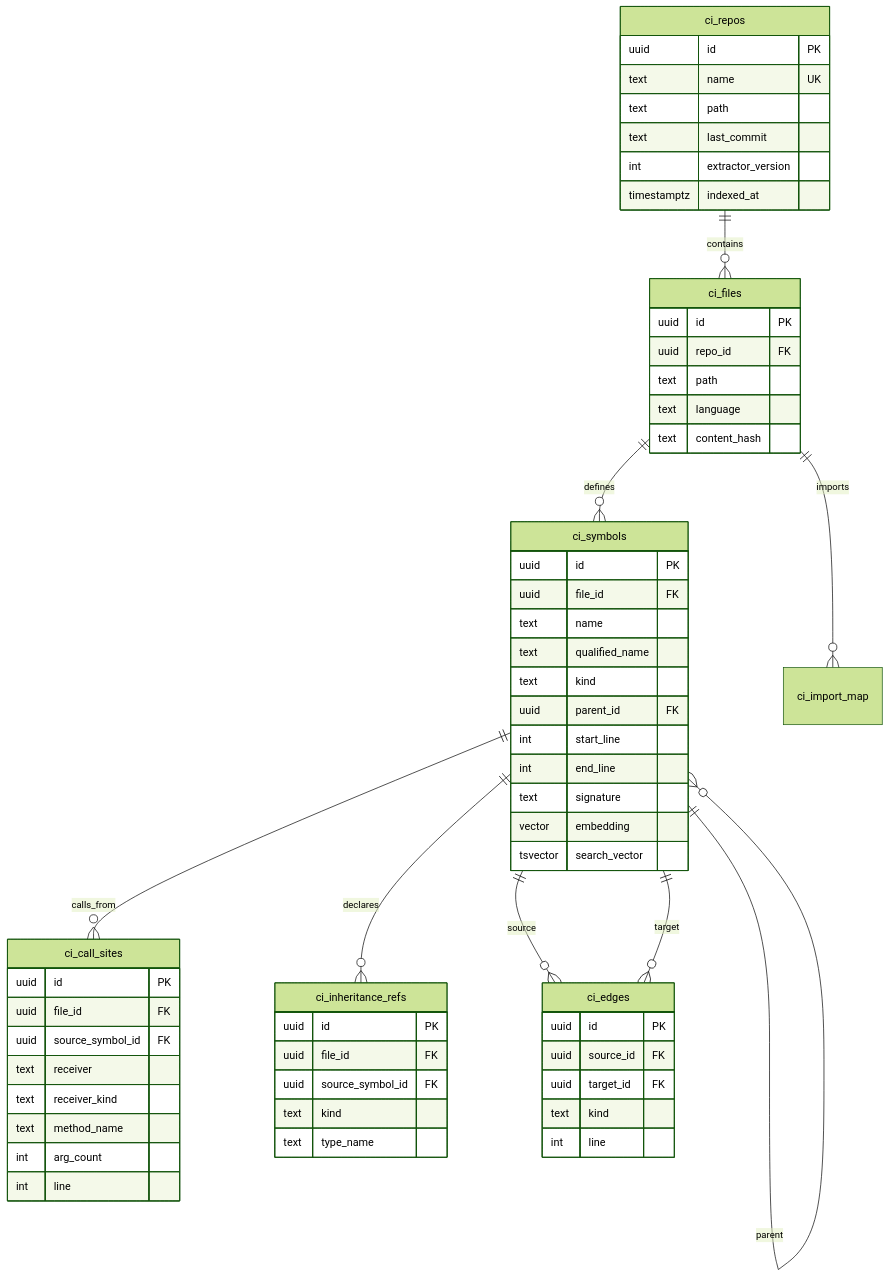
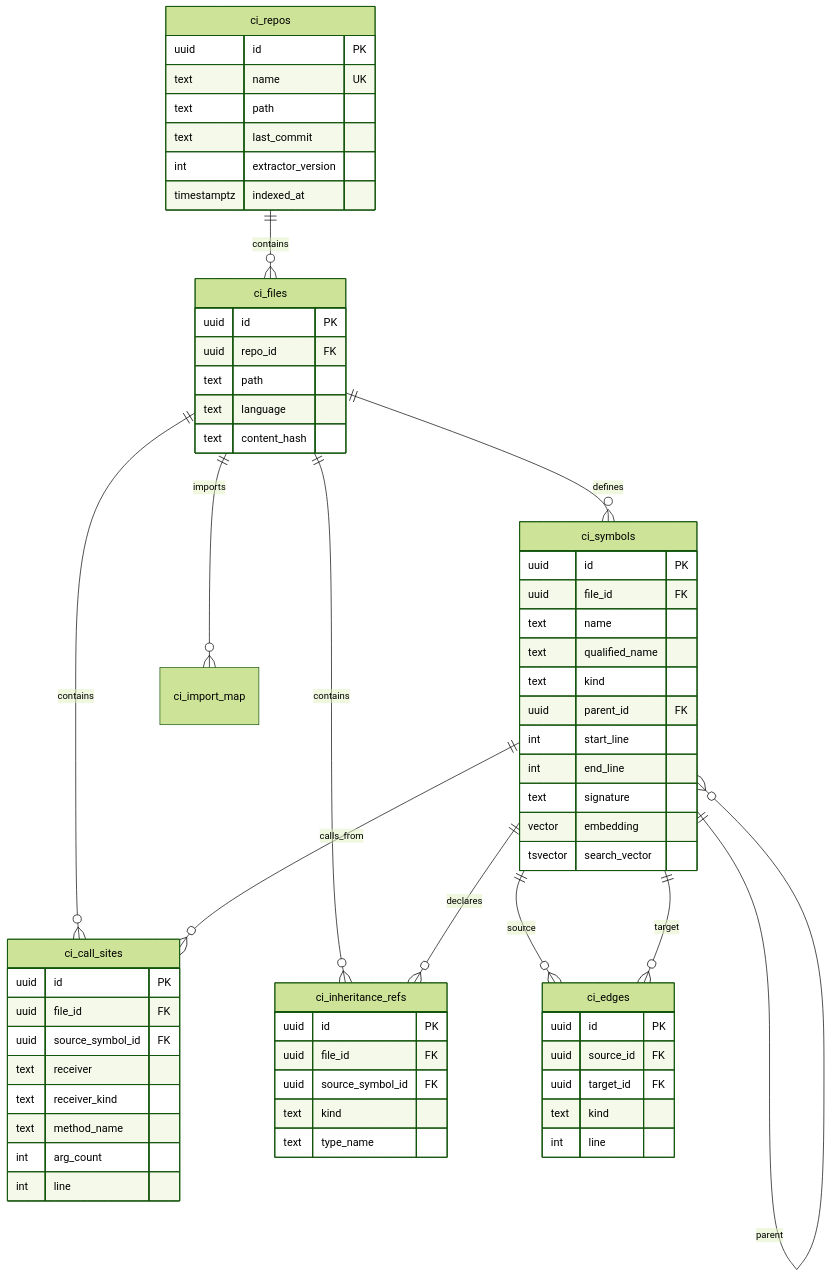
One commit to RuneLind/yggdrasil changed the third of 4 diagrams in README.md. Above: the diagram before and after it, drawn with Mermaid (forest theme). The commit also changed other lines of this file and 13 other files, not shown here.

First line of the commit message:
Own call sites by outermost callable; add parent index and gate guard

````diff
--- a/README.md
+++ b/README.md
@@ -76,69 +76,71 @@
 ```mermaid
 erDiagram
     ci_repos ||--o{ ci_files : contains
     ci_files ||--o{ ci_symbols : defines
     ci_files ||--o{ ci_import_map : imports
+    ci_files ||--o{ ci_call_sites : contains
+    ci_files ||--o{ ci_inheritance_refs : contains
     ci_symbols ||--o{ ci_call_sites : calls_from
     ci_symbols ||--o{ ci_inheritance_refs : declares
     ci_symbols ||--o{ ci_symbols : parent
     ci_symbols ||--o{ ci_edges : source
     ci_symbols ||--o{ ci_edges : target
 
     ci_repos {
         uuid id PK
         text name UK
         text path
         text last_commit
         int extractor_version
         timestamptz indexed_at
     }
 
     ci_files {
         uuid id PK
         uuid repo_id FK
         text path
         text language
         text content_hash
     }
 
     ci_symbols {
         uuid id PK
         uuid file_id FK
         text name
         text qualified_name
         text kind
         uuid parent_id FK
         int start_line
         int end_line
         text signature
         vector embedding
         tsvector search_vector
     }
 
     ci_edges {
         uuid id PK
         uuid source_id FK
         uuid target_id FK
         text kind
         int line
     }
 
     ci_call_sites {
         uuid id PK
         uuid file_id FK
         uuid source_symbol_id FK
         text receiver
         text receiver_kind
         text method_name
         int arg_count
         int line
     }
 
     ci_inheritance_refs {
         uuid id PK
         uuid file_id FK
         uuid source_symbol_id FK
         text kind
         text type_name
     }
 ```
````
